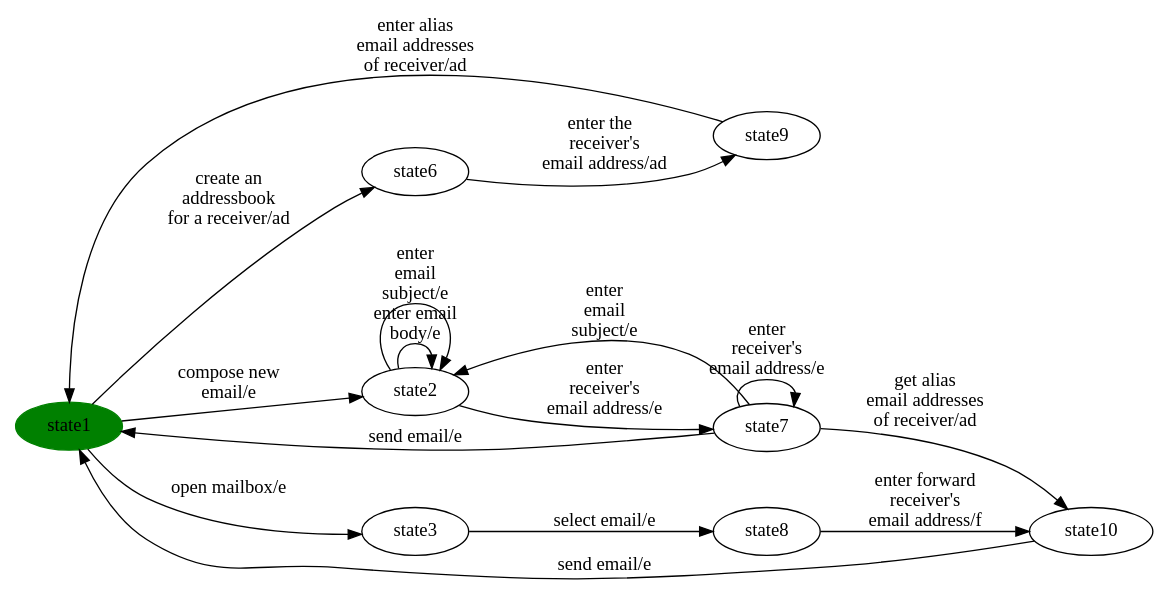
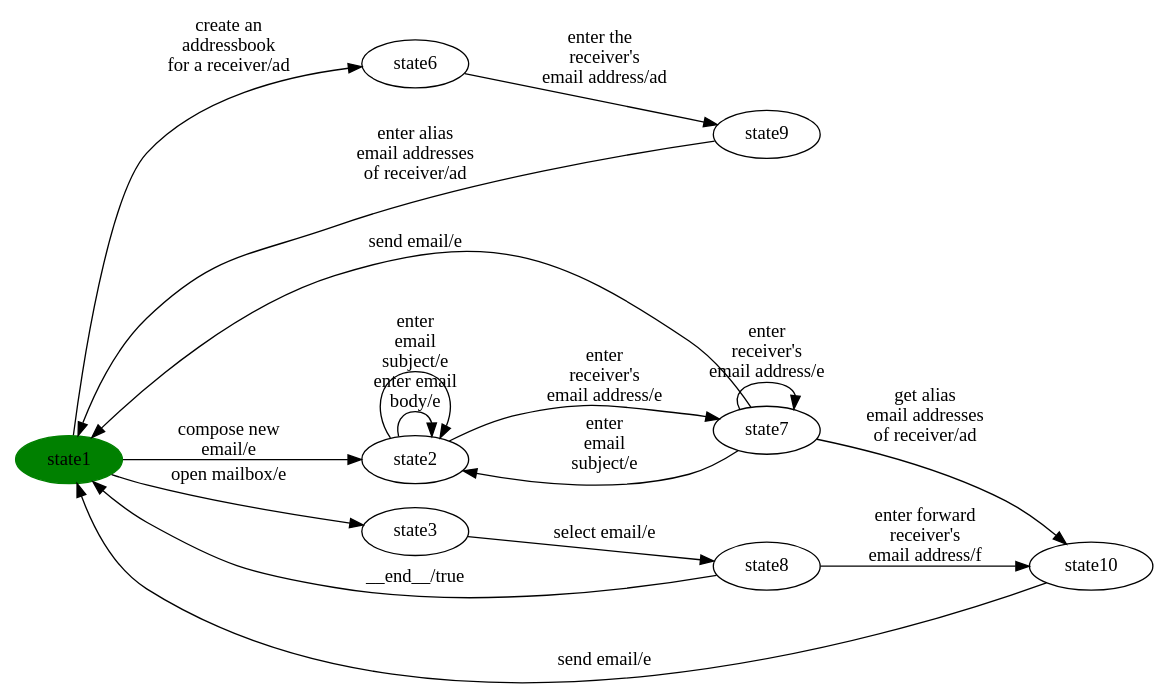
The diagram in milestone-reports/per-product/eMail/eMail-product18.dot (dilekozturk93/vibes), drawn with Graphviz before and after one commit. The commit also changed 243 other files, not shown here.

```diff
--- a/milestone-reports/per-product/eMail/eMail-product18.dot
+++ b/milestone-reports/per-product/eMail/eMail-product18.dot
@@ -1,46 +1,47 @@
 digraph G {
 rankdir=LR;
 state0[ label = "state1", style=filled, color=green ];
 state1 [ label = "state9" ];
 state1 -> state0 [ label=" enter alias 
 email addresses 
 of receiver/ad " ];
 state2 [ label = "state6" ];
 state2 -> state1 [ label=" enter the  
 receiver's 
 email address/ad " ];
 state3 [ label = "state8" ];
 state3 -> state4 [ label=" enter forward 
 receiver's 
 email address/f " ];
+state3 -> state0 [ label=" __end__/true " ];
 state4 [ label = "state10" ];
 state4 -> state0 [ label=" send email/e " ];
 state5 [ label = "state7" ];
+state5 -> state0 [ label=" send email/e " ];
 state5 -> state6 [ label=" enter
  email 
 subject/e " ];
-state5 -> state0 [ label=" send email/e " ];
 state5 -> state5 [ label=" enter 
 receiver's 
 email address/e " ];
 state5 -> state4 [ label=" get alias 
 email addresses 
 of receiver/ad " ];
 state6 [ label = "state2" ];
 state6 -> state5 [ label=" enter 
 receiver's 
 email address/e " ];
 state6 -> state6 [ label=" enter email 
 body/e " ];
 state6 -> state6 [ label=" enter
  email 
 subject/e " ];
-state0 -> state6 [ label=" compose new 
-email/e " ];
 state0 -> state7 [ label=" open mailbox/e " ];
 state0 -> state2 [ label=" create an 
 addressbook 
 for a receiver/ad " ];
+state0 -> state6 [ label=" compose new 
+email/e " ];
 state7 [ label = "state3" ];
 state7 -> state3 [ label=" select email/e " ];
 }
```
